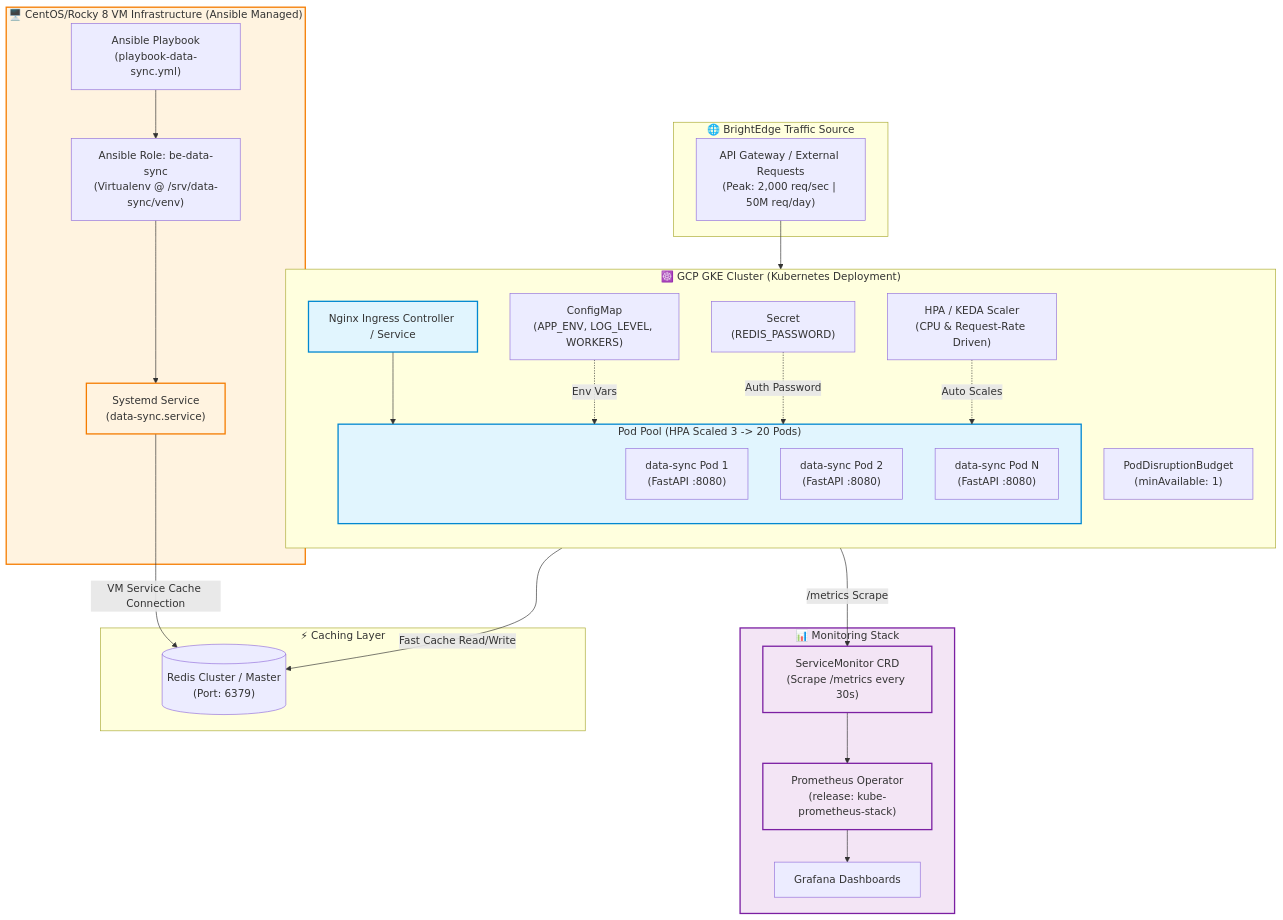
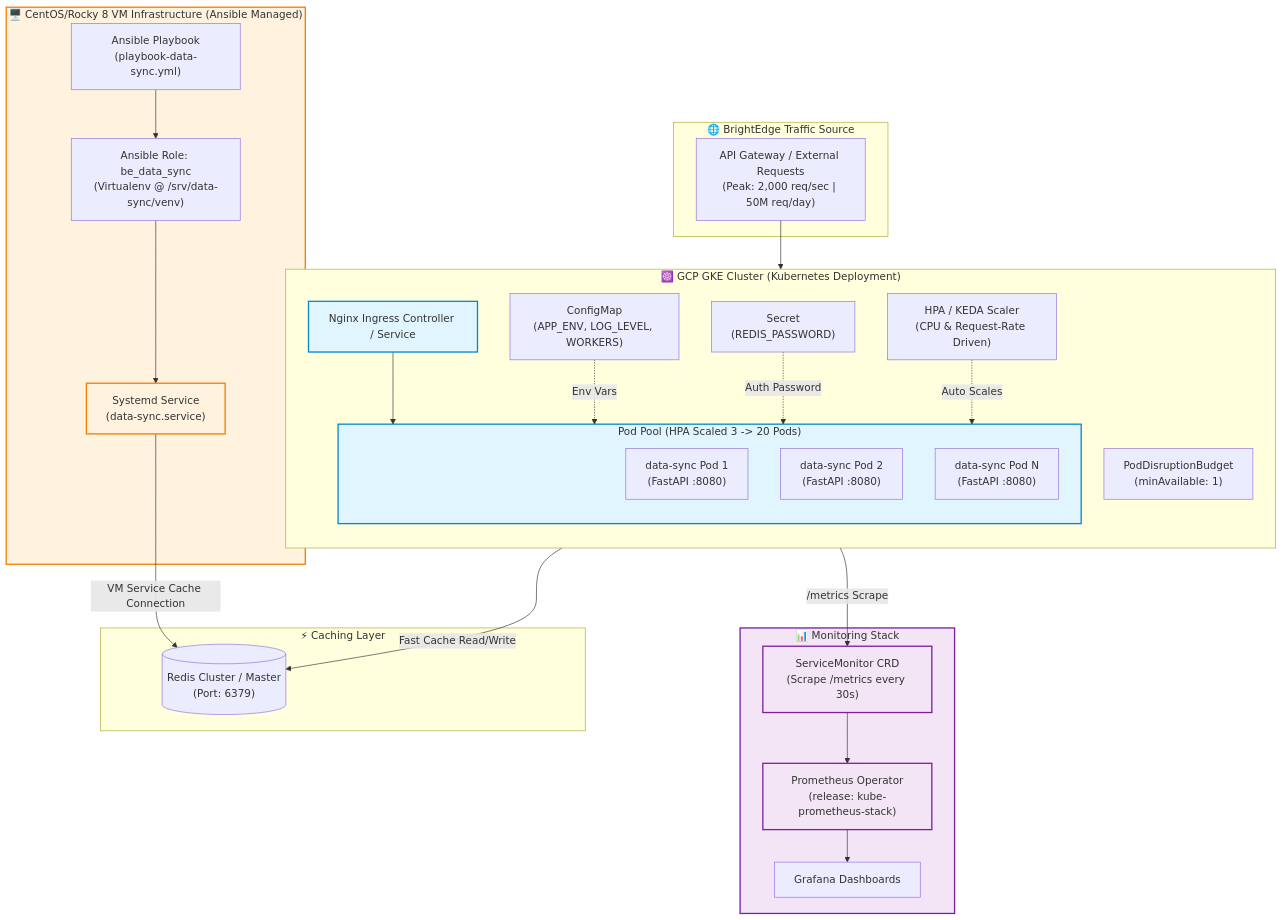
Before and after one commit to Datahustler26/data-sync-platform-devops: the first of 2 diagrams in README.md, drawn with Mermaid. The commit also changed other lines of this file and 13 other files, not shown here.

````diff
--- a/README.md
+++ b/README.md
@@ -18,61 +18,61 @@
 ```mermaid
 flowchart TB
     subgraph Clients["🌐 BrightEdge Traffic Source"]
         UserReq["API Gateway / External Requests\n(Peak: 2,000 req/sec | 50M req/day)"]
     end
 
     subgraph Kubernetes["☸️ GCP GKE Cluster (Kubernetes Deployment)"]
         direction TB
         Ingress["Nginx Ingress Controller / Service"]
         
         subgraph PodPool["Pod Pool (HPA Scaled 3 -> 20 Pods)"]
             Pod1["data-sync Pod 1\n(FastAPI :8080)"]
             Pod2["data-sync Pod 2\n(FastAPI :8080)"]
             PodN["data-sync Pod N\n(FastAPI :8080)"]
         end
         
         Config["ConfigMap\n(APP_ENV, LOG_LEVEL, WORKERS)"]
         Secret["Secret\n(REDIS_PASSWORD)"]
         
         PDB["PodDisruptionBudget\n(minAvailable: 1)"]
         HPA["HPA / KEDA Scaler\n(CPU & Request-Rate Driven)"]
     end
 
     subgraph Observability["📊 Monitoring Stack"]
         SMonitor["ServiceMonitor CRD\n(Scrape /metrics every 30s)"]
         Prometheus["Prometheus Operator\n(release: kube-prometheus-stack)"]
         Grafana["Grafana Dashboards"]
     end
 
     subgraph VMInfra["🖥️ CentOS/Rocky 8 VM Infrastructure (Ansible Managed)"]
         AnsiblePlay["Ansible Playbook\n(playbook-data-sync.yml)"]
-        Role["Ansible Role: be-data-sync\n(Virtualenv @ /srv/data-sync/venv)"]
+        Role["Ansible Role: be_data_sync\n(Virtualenv @ /srv/data-sync/venv)"]
         Systemd["Systemd Service\n(data-sync.service)"]
     end
 
     subgraph DataStore["⚡ Caching Layer"]
         RedisCluster[("Redis Cluster / Master\n(Port: 6379)")]
     end
 
     %% Flow Connections
     UserReq --> Ingress
     Ingress --> PodPool
     Config -. Env Vars .-> PodPool
     Secret -. Auth Password .-> PodPool
     HPA -. Auto Scales .-> PodPool
     
     PodPool -- Fast Cache Read/Write --> RedisCluster
     Pod1 -- /metrics Scrape --> SMonitor
     SMonitor --> Prometheus
     Prometheus --> Grafana
 
     AnsiblePlay --> Role --> Systemd
     Systemd -- VM Service Cache Connection --> RedisCluster
 
     classDef k8s fill:#e1f5fe,stroke:#0288d1,stroke-width:2px;
     classDef vm fill:#fff3e0,stroke:#f57c00,stroke-width:2px;
     classDef obs fill:#f3e5f5,stroke:#7b1fa2,stroke-width:2px;
     class K8s,PodPool,Ingress k8s;
     class VMInfra,Systemd vm;
     class Observability,SMonitor,Prometheus obs;
 ```
````
